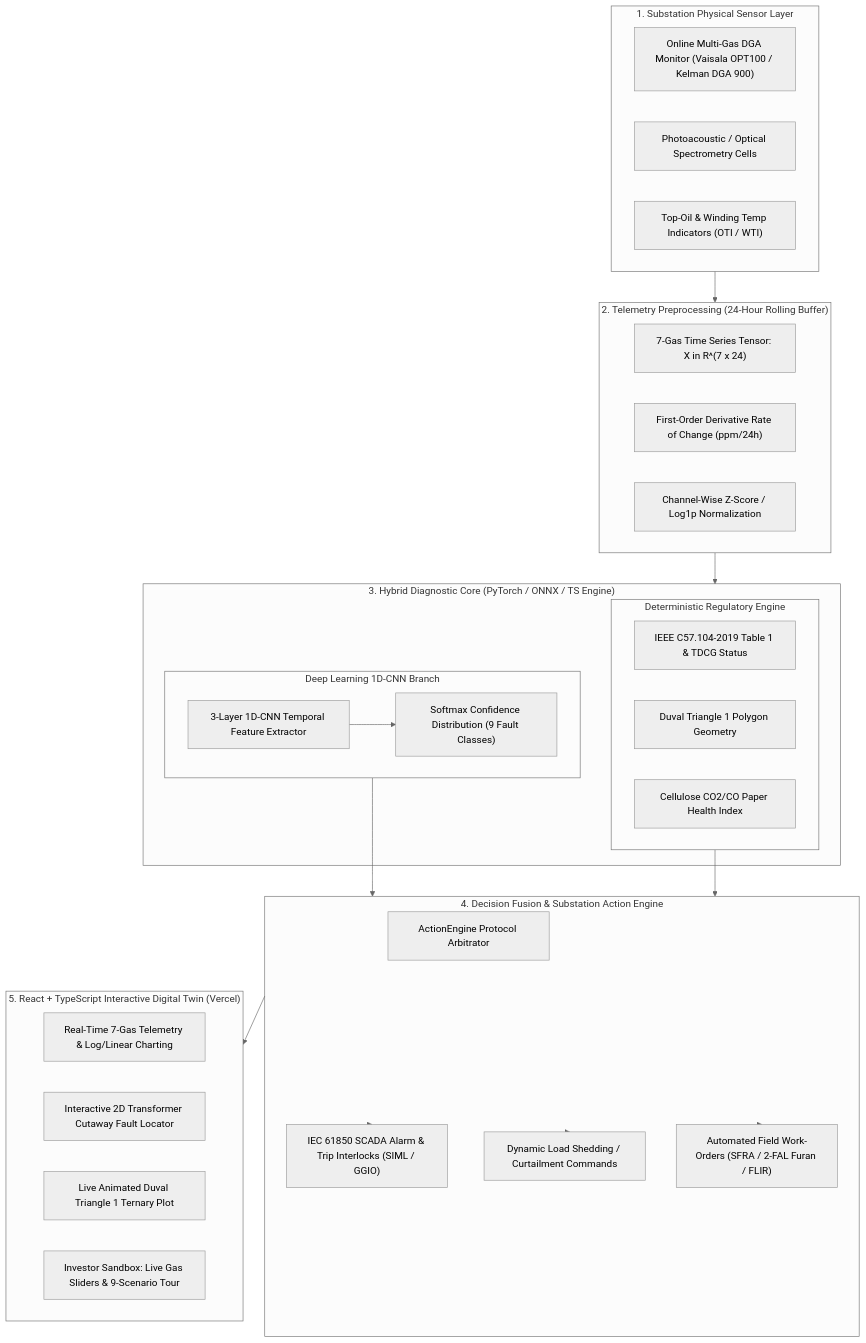
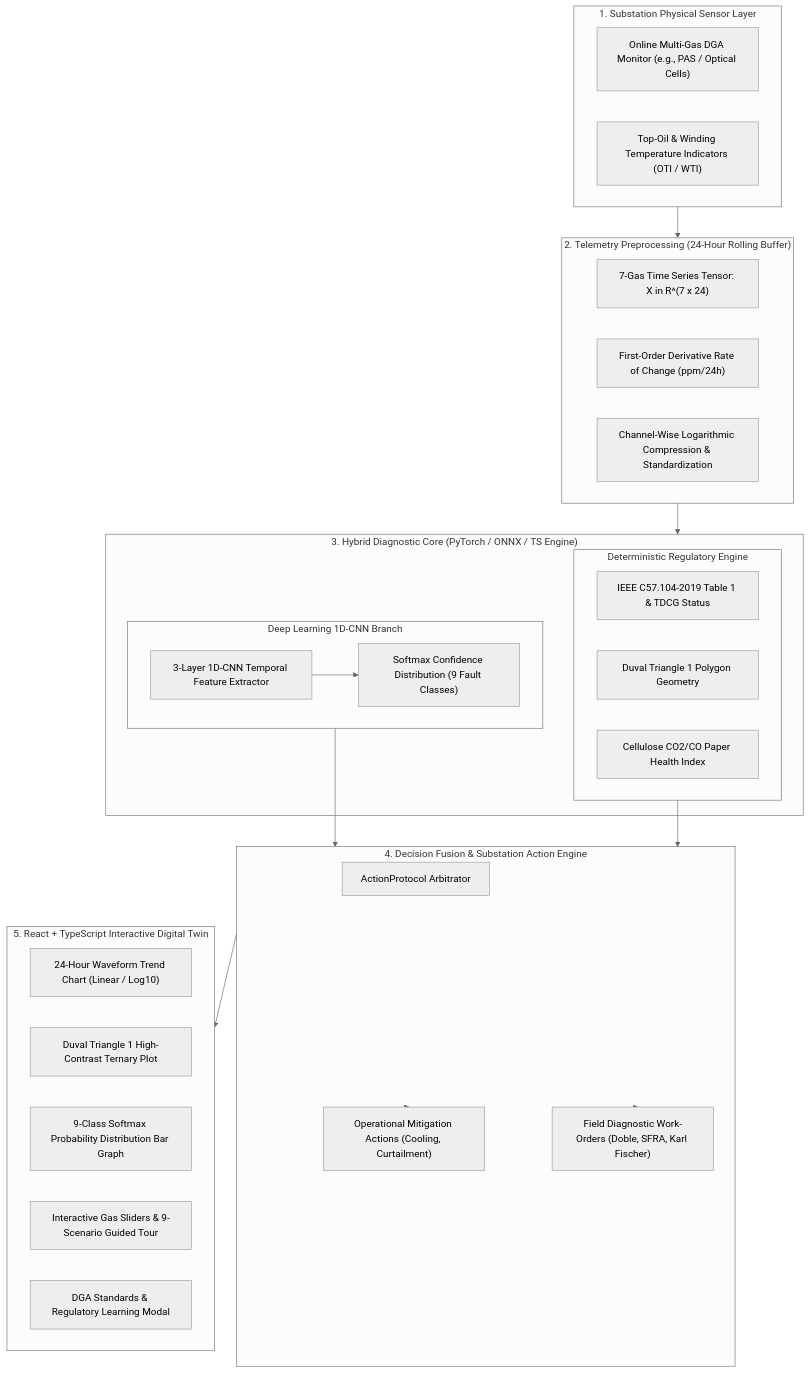
Before and after one commit to anish609609/transformer_health_using_gas_sensors: the diagram in README.md, drawn with Mermaid (neutral theme). The commit also changed other lines of this file and 1 other file, not shown here.

Commit message:
docs(readme): update system architecture and fix 1D-CNN banner color contrast in dark mode

````diff
--- a/README.md
+++ b/README.md
@@ -29,50 +55,48 @@
 ```mermaid
 flowchart TD
     subgraph SS_Sensors["1. Substation Physical Sensor Layer"]
-        S1["Online Multi-Gas DGA Monitor (Vaisala OPT100 / Kelman DGA 900)"]
-        S2["Photoacoustic / Optical Spectrometry Cells"]
-        S3["Top-Oil & Winding Temp Indicators (OTI / WTI)"]
+        S1["Online Multi-Gas DGA Monitor (e.g., PAS / Optical Cells)"]
+        S2["Top-Oil & Winding Temperature Indicators (OTI / WTI)"]
     end
 
     subgraph Preproc["2. Telemetry Preprocessing (24-Hour Rolling Buffer)"]
         P1["7-Gas Time Series Tensor: X in R^(7 x 24)"]
         P2["First-Order Derivative Rate of Change (ppm/24h)"]
-        P3["Channel-Wise Z-Score / Log1p Normalization"]
+        P3["Channel-Wise Logarithmic Compression & Standardization"]
     end
 
     subgraph Hybrid_AI["3. Hybrid Diagnostic Core (PyTorch / ONNX / TS Engine)"]
         subgraph AI_Branch["Deep Learning 1D-CNN Branch"]
             CNN["3-Layer 1D-CNN Temporal Feature Extractor"]
             CNN_OUT["Softmax Confidence Distribution (9 Fault Classes)"]
         end
         subgraph Standards_Branch["Deterministic Regulatory Engine"]
             IEEE["IEEE C57.104-2019 Table 1 & TDCG Status"]
             DUVAL["Duval Triangle 1 Polygon Geometry"]
             CELL["Cellulose CO2/CO Paper Health Index"]
         end
     end
 
     subgraph Fusion["4. Decision Fusion & Substation Action Engine"]
-        ENG["ActionEngine Protocol Arbitrator"]
-        ACT1["IEC 61850 SCADA Alarm & Trip Interlocks (SIML / GGIO)"]
-        ACT2["Dynamic Load Shedding / Curtailment Commands"]
-        ACT3["Automated Field Work-Orders (SFRA / 2-FAL Furan / FLIR)"]
+        ENG["ActionProtocol Arbitrator"]
+        ACT1["Operational Mitigation Actions (Cooling, Curtailment)"]
+        ACT2["Field Diagnostic Work-Orders (Doble, SFRA, Karl Fischer)"]
     end
 
-    subgraph React_GUI["5. React + TypeScript Interactive Digital Twin (Vercel)"]
-        DASH["Real-Time 7-Gas Telemetry & Log/Linear Charting"]
-        TWIN["Interactive 2D Transformer Cutaway Fault Locator"]
-        TERNARY["Live Animated Duval Triangle 1 Ternary Plot"]
-        SIM["Investor Sandbox: Live Gas Sliders & 9-Scenario Tour"]
+    subgraph React_GUI["5. React + TypeScript Interactive Digital Twin"]
+        DASH["24-Hour Waveform Trend Chart (Linear / Log10)"]
+        TERNARY["Duval Triangle 1 High-Contrast Ternary Plot"]
+        CONF["9-Class Softmax Probability Distribution Bar Graph"]
+        SIM["Interactive Gas Sliders & 9-Scenario Guided Tour"]
+        MODAL["DGA Standards & Regulatory Learning Modal"]
     end
 
     SS_Sensors --> Preproc
     Preproc --> Hybrid_AI
     CNN --> CNN_OUT
     AI_Branch --> Fusion
     Standards_Branch --> Fusion
     Fusion --> React_GUI
     Fusion --> ACT1
     Fusion --> ACT2
-    Fusion --> ACT3
 ```
````
